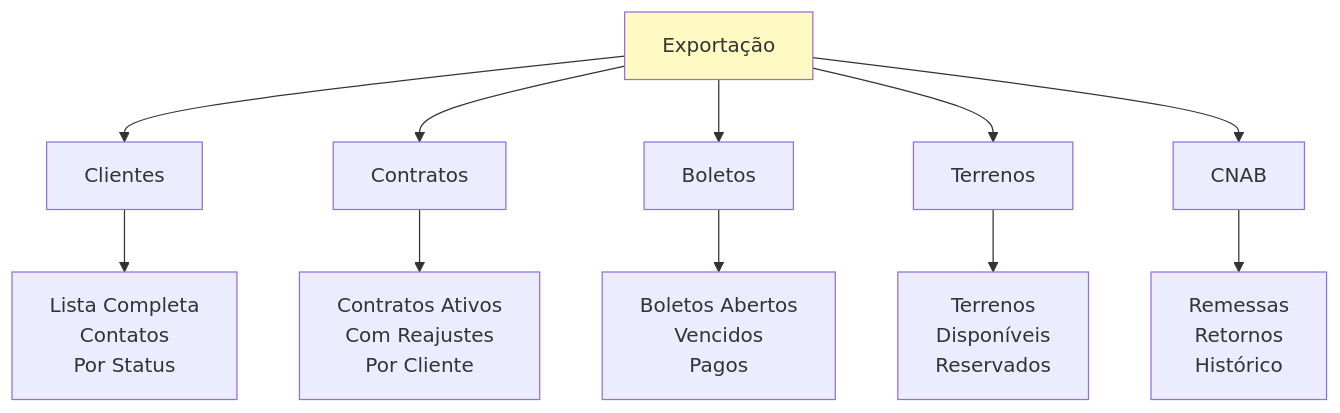
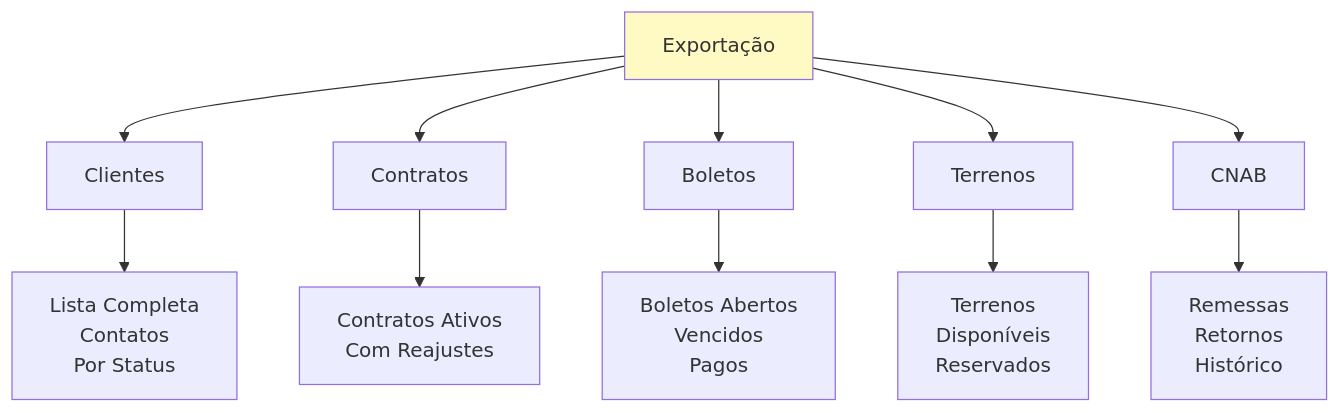
The second of 2 diagrams in docs/exportacao/index.md (teecoleonard/anduril-docs), drawn with Mermaid before and after one commit. The commit also changed other lines of this file and 17 other files, not shown here.

````diff
--- a/docs/exportacao/index.md
+++ b/docs/exportacao/index.md
@@ -44,16 +36,16 @@
 ```mermaid
 graph TD
     A["Exportação"] --> B["Clientes"]
     A --> C["Contratos"]
     A --> D["Boletos"]
     A --> E["Terrenos"]
     A --> F["CNAB"]
     
     B --> B1["Lista Completa<br/>Contatos<br/>Por Status"]
-    C --> C1["Contratos Ativos<br/>Com Reajustes<br/>Por Cliente"]
+    C --> C1["Contratos Ativos<br/>Com Reajustes"]
     D --> D1["Boletos Abertos<br/>Vencidos<br/>Pagos"]
     E --> E1["Terrenos<br/>Disponíveis<br/>Reservados"]
     F --> F1["Remessas<br/>Retornos<br/>Histórico"]
     
     style A fill:#fff9c4
 ```
````
